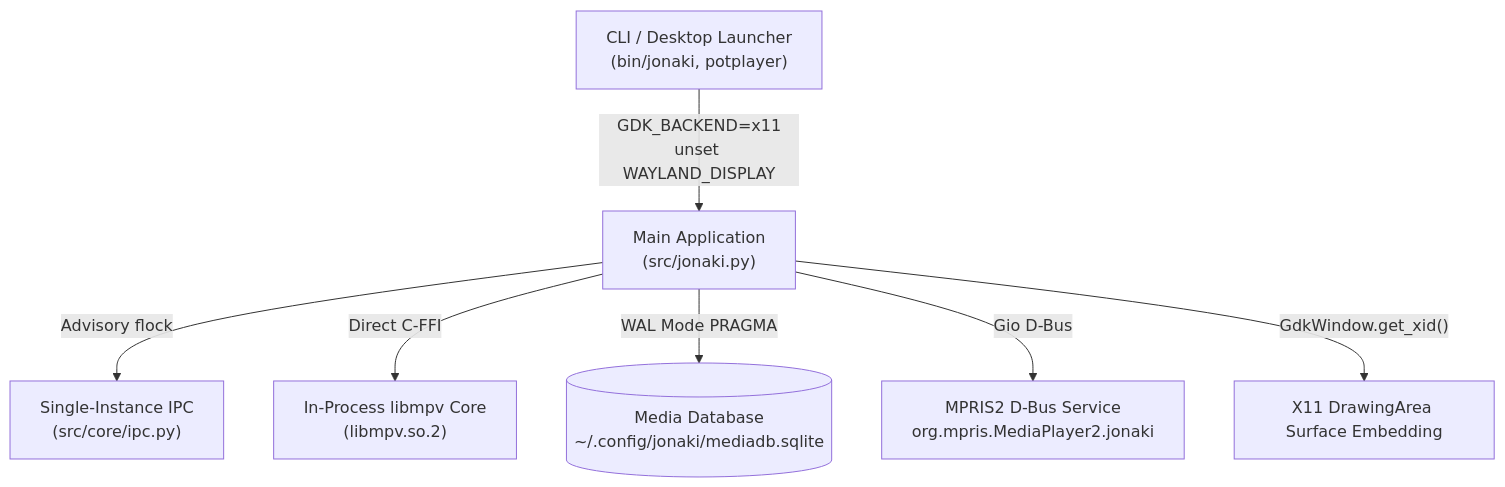
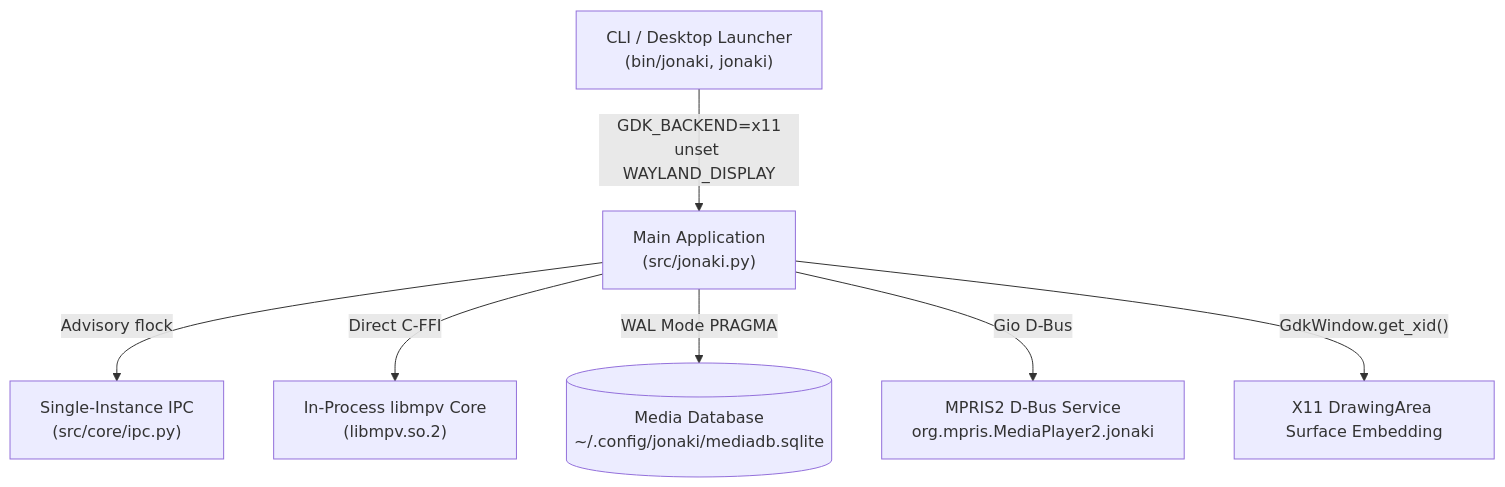
One commit to ashikbits/JonakiPlayer changed the diagram in qa_reports/systems_security_reliability_audit.md. Above: the diagram before and after it, drawn with Mermaid. The commit also changed other lines of this file and 64 other files, not shown here.

````diff
--- a/qa_reports/systems_security_reliability_audit.md
+++ b/qa_reports/systems_security_reliability_audit.md
@@ -225,9 +225,9 @@
 ```mermaid
 flowchart TD
-    CLI["CLI / Desktop Launcher<br/>(bin/jonaki, potplayer)"] -->|"GDK_BACKEND=x11<br/>unset WAYLAND_DISPLAY"| Main["Main Application<br/>(src/jonaki.py)"]
+    CLI["CLI / Desktop Launcher<br/>(bin/jonaki, jonaki)"] -->|"GDK_BACKEND=x11<br/>unset WAYLAND_DISPLAY"| Main["Main Application<br/>(src/jonaki.py)"]
     Main -->|"Advisory flock"| IPC["Single-Instance IPC<br/>(src/core/ipc.py)"]
     Main -->|"Direct C-FFI"| MPV["In-Process libmpv Core<br/>(libmpv.so.2)"]
     Main -->|"WAL Mode PRAGMA"| SQLite[("Media Database<br/>~/.config/jonaki/mediadb.sqlite")]
     Main -->|"Gio D-Bus"| MPRIS["MPRIS2 D-Bus Service<br/>org.mpris.MediaPlayer2.jonaki"]
     Main -->|"GdkWindow.get_xid()"| Embed["X11 DrawingArea Surface Embedding"]
 ```
````
